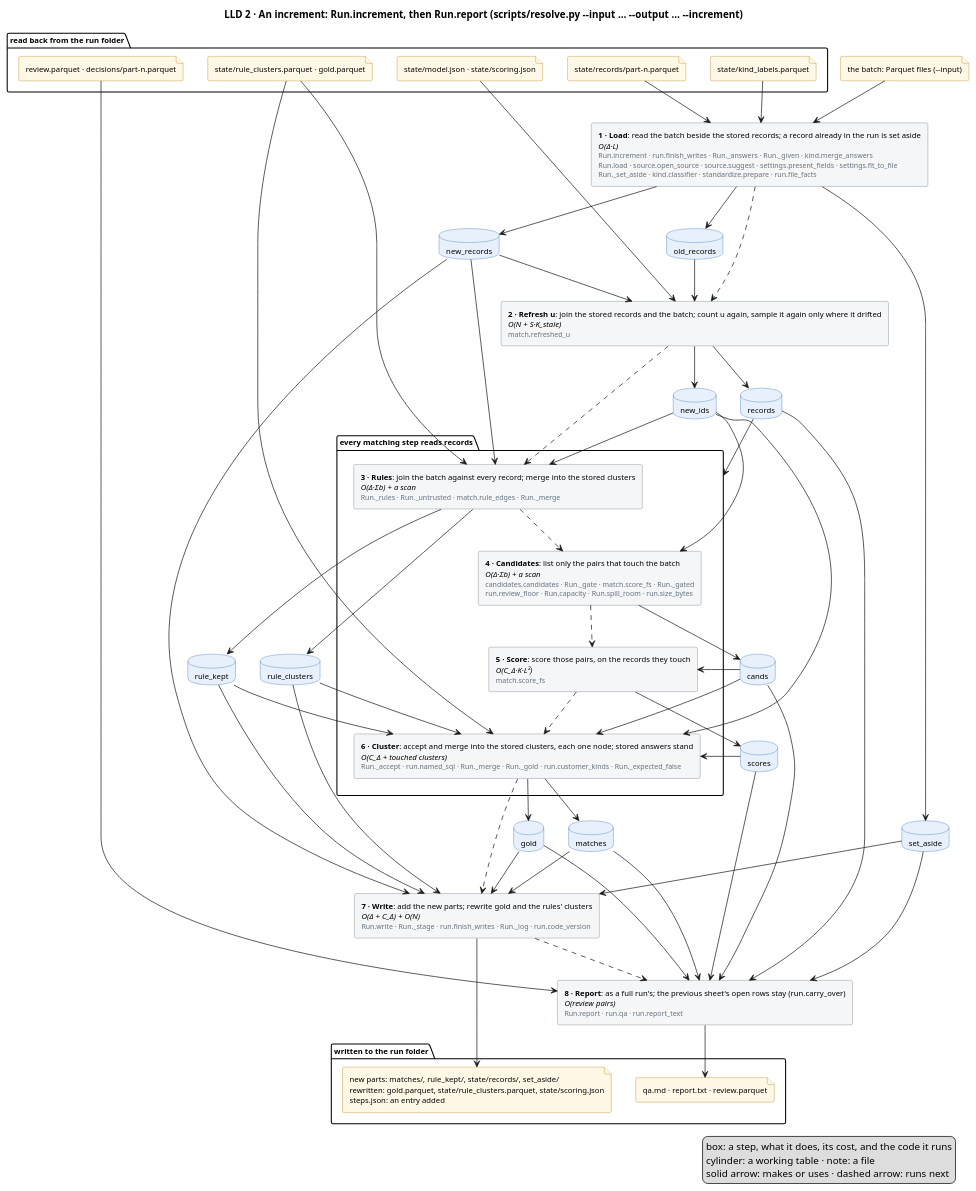
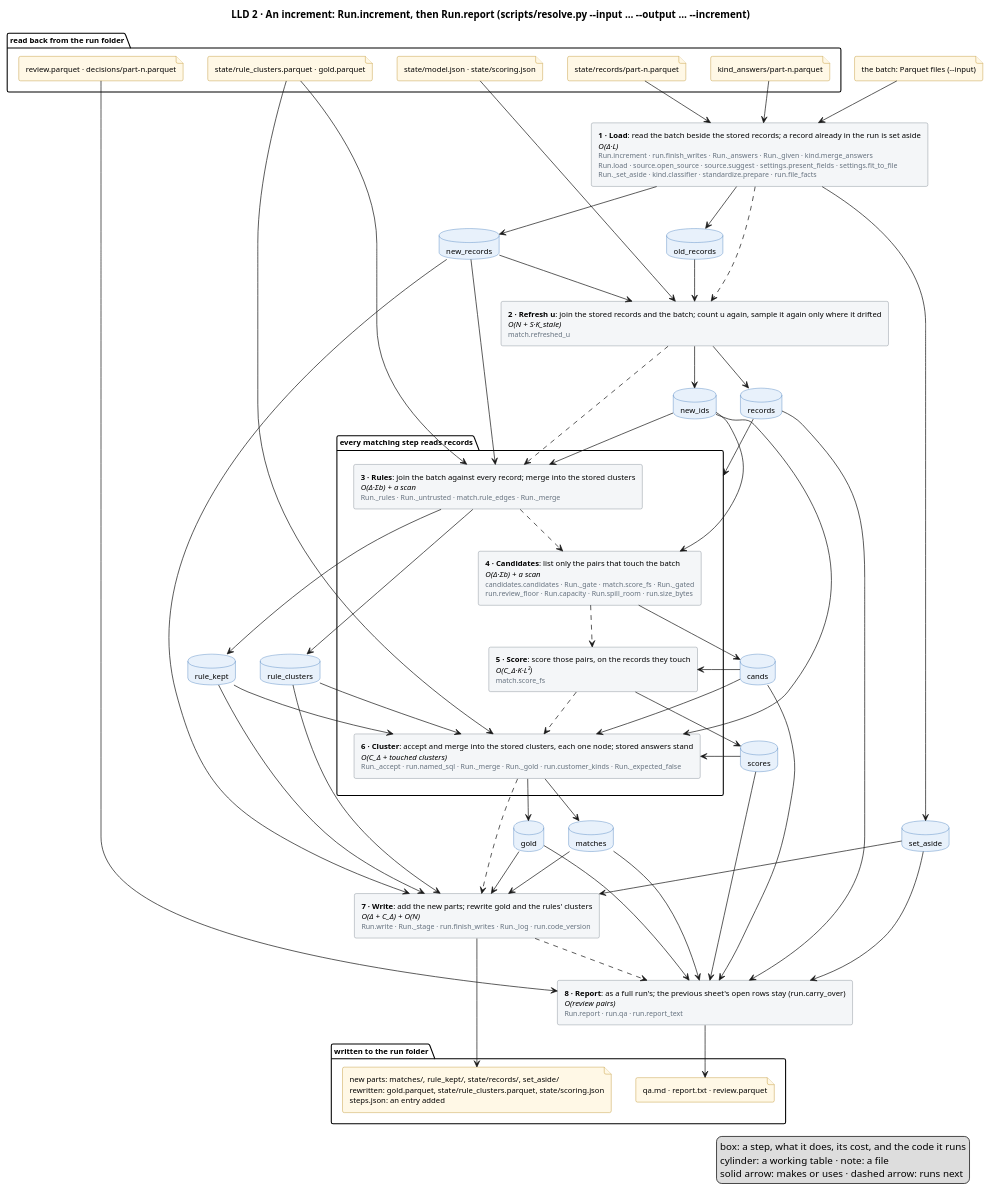
One commit to mvsbm/entity_matching changed the diagram in docs/diagrams/increment.puml. Above: the diagram before and after it, drawn with PlantUML. The commit also changed 12 other files, not shown here.

First line of the commit message:
People's person/company answers kept as given, a part per sheet

```diff
--- a/docs/diagrams/increment.puml
+++ b/docs/diagrams/increment.puml
@@ -1,113 +1,113 @@
 @startuml increment
 title LLD 2 · An increment: Run.increment, then Run.report (scripts/resolve.py ~--input … ~--output … ~--increment)
 skinparam defaultFontSize 11
 skinparam rectangle {
   BackgroundColor #F4F6F8
   BorderColor #65717E
 }
 skinparam database {
   BackgroundColor #E8F1FB
   BorderColor #2C6DB3
 }
 skinparam file {
   BackgroundColor #FFF8E6
   BorderColor #B07D00
 }
 
 package "read back from the run folder" {
   file "state/model.json · state/scoring.json" as f_model
   file "state/records/part-n.parquet" as f_records
   file "state/rule_clusters.parquet · gold.parquet" as f_clusters
-  file "state/kind_labels.parquet" as f_answers
+  file "kind_answers/part-n.parquet" as f_answers
   file "review.parquet · decisions/part-n.parquet" as f_sheet
 }
 file "the batch: Parquet files (~--input)" as f_batch
 
 
 rectangle "<b>1 · Load</b>: read the batch beside the stored records; a record already in the run is set aside\n<i>O(Δ·L)</i>\n<size:10><color:#65717E>Run.increment · run.finish_writes · Run._answers · Run._given · kind.merge_answers</color></size>\n<size:10><color:#65717E>Run.load · source.open_source · source.suggest · settings.present_fields · settings.fit_to_file</color></size>\n<size:10><color:#65717E>Run._set_aside · kind.classifier · standardize.prepare · run.file_facts</color></size>" as load
 rectangle "<b>2 · Refresh u</b>: join the stored records and the batch; count u again, sample it again only where it drifted\n<i>O(N + S·K_stale)</i>\n<size:10><color:#65717E>match.refreshed_u</color></size>" as fit
 package "every matching step reads records" as matching {
   rectangle "<b>3 · Rules</b>: join the batch against every record; merge into the stored clusters\n<i>O(Δ·Σb) + a scan</i>\n<size:10><color:#65717E>Run._rules · Run._untrusted · match.rule_edges · Run._merge</color></size>" as rules
   rectangle "<b>4 · Candidates</b>: list only the pairs that touch the batch\n<i>O(Δ·Σb) + a scan</i>\n<size:10><color:#65717E>candidates.candidates · Run._gate · match.score_fs · Run._gated</color></size>\n<size:10><color:#65717E>run.review_floor · Run.capacity · Run.spill_room · run.size_bytes</color></size>" as candidates
   rectangle "<b>5 · Score</b>: score those pairs, on the records they touch\n<i>O(C_Δ·K·L²)</i>\n<size:10><color:#65717E>match.score_fs</color></size>" as score
   rectangle "<b>6 · Cluster</b>: accept and merge into the stored clusters, each one node; stored answers stand\n<i>O(C_Δ + touched clusters)</i>\n<size:10><color:#65717E>Run._accept · run.named_sql · Run._merge · Run._gold · run.customer_kinds · Run._expected_false</color></size>" as cluster
 }
 rectangle "<b>7 · Write</b>: add the new parts; rewrite gold and the rules' clusters\n<i>O(Δ + C_Δ) + O(N)</i>\n<size:10><color:#65717E>Run.write · Run._stage · run.finish_writes · Run._log · run.code_version</color></size>" as write
 rectangle "<b>8 · Report</b>: as a full run's; the previous sheet's open rows stay (run.carry_over)\n<i>O(review pairs)</i>\n<size:10><color:#65717E>Run.report · run.qa · run.report_text</color></size>" as report
 database "old_records" as old_records
 database "new_records" as new_records
 database "set_aside" as set_aside
 database "records" as records
 database "new_ids" as new_ids
 database "rule_clusters" as rule_clusters
 database "rule_kept" as rule_kept
 database "cands" as cands
 database "scores" as scores
 database "matches" as matches
 database "gold" as gold
 
 package "written to the run folder" {
   file "new parts: matches/, rule_kept/, state/records/, set_aside/\nrewritten: gold.parquet, state/rule_clusters.parquet, state/scoring.json\nsteps.json: an entry added" as f_out
   file "qa.md · report.txt · review.parquet" as f_people
 }
 
 f_batch --> load
 f_records --> load
 f_answers --> load
 f_model --> fit
 f_clusters --> rules
 f_clusters --> cluster
 f_sheet --> report
 
 load ..> fit
 fit ..> rules
 rules ..> candidates
 candidates ..> score
 score ..> cluster
 cluster ..> write
 write ..> report
 
 load --> old_records
 load --> new_records
 load --> set_aside
 old_records --> fit
 new_records --> fit
 fit --> records
 fit --> new_ids
 records --> matching
 new_records --> rules
 new_ids --> rules
 rules --> rule_clusters
 rules --> rule_kept
 new_ids --> candidates
 candidates --> cands
 cands --> score
 score --> scores
 new_ids --> cluster
 rule_clusters --> cluster
 rule_kept --> cluster
 cands --> cluster
 scores --> cluster
 cluster --> matches
 cluster --> gold
 new_records --> write
 rule_clusters --> write
 rule_kept --> write
 matches --> write
 gold --> write
 set_aside --> write
 records --> report
 cands --> report
 scores --> report
 matches --> report
 gold --> report
 set_aside --> report
 
 write --> f_out
 report --> f_people
 legend right
   box: a step, what it does, its cost, and the code it runs
   cylinder: a working table · note: a file
   solid arrow: makes or uses · dashed arrow: runs next
 endlegend
 @enduml
```
